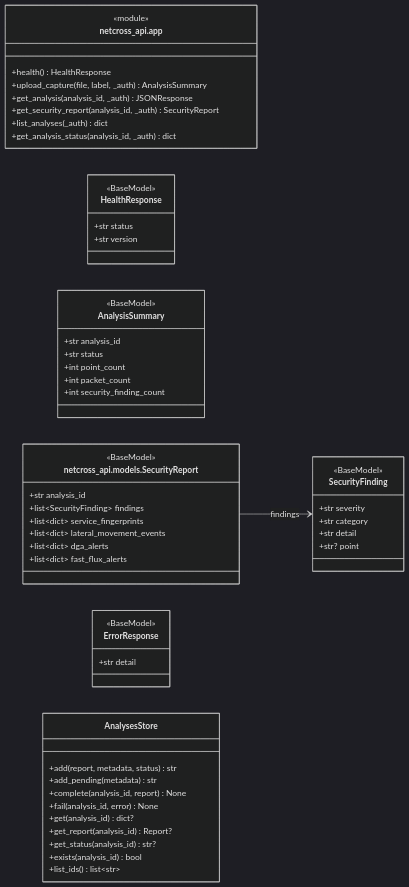
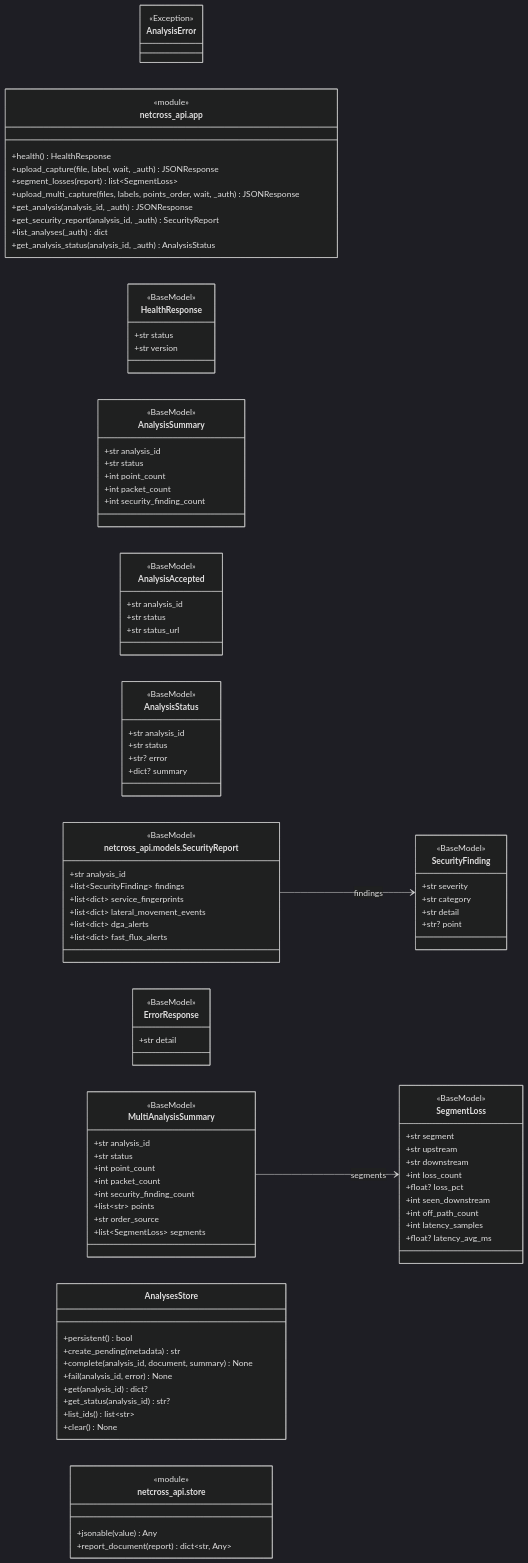
One commit to MathildeDec/Netcross changed diagram 17 of 19 in docs/class-diagram.md. Above: the diagram before and after it, drawn with Mermaid (dark theme). The commit also changed other lines of this file and 178 other files, not shown here.

First line of the commit message:
Release : dev → main (audit du 23/09, banque Lua, API multi-points et déployable, sécurité GUI) (#398)

````diff
--- a/docs/class-diagram.md
+++ b/docs/class-diagram.md
@@ -3584,14 +3716,19 @@
     direction LR
 
     %% ===== netcross_api.app =====
+    class AnalysisError {
+        <<Exception>>
+    }
     class mod_netcross_api_app["netcross_api.app"] {
         <<module>>
         +health() HealthResponse
-        +upload_capture(file, label, _auth) AnalysisSummary
+        +upload_capture(file, label, wait, _auth) JSONResponse
+        +segment_losses(report) list~SegmentLoss~
+        +upload_multi_capture(files, labels, points_order, wait, _auth) JSONResponse
         +get_analysis(analysis_id, _auth) JSONResponse
         +get_security_report(analysis_id, _auth) SecurityReport
         +list_analyses(_auth) dict
-        +get_analysis_status(analysis_id, _auth) dict
+        +get_analysis_status(analysis_id, _auth) AnalysisStatus
     }
 
     %% ===== netcross_api.models =====
@@ -3607,6 +3744,19 @@
         +int point_count
         +int packet_count
         +int security_finding_count
+    }
+    class AnalysisAccepted {
+        <<BaseModel>>
+        +str analysis_id
+        +str status
+        +str status_url
+    }
+    class AnalysisStatus {
+        <<BaseModel>>
+        +str analysis_id
+        +str status
+        +str? error
+        +dict? summary
     }
     class SecurityFinding {
         <<BaseModel>>
@@ -3628,20 +3778,48 @@
         <<BaseModel>>
         +str detail
     }
+    class SegmentLoss {
+        <<BaseModel>>
+        +str segment
+        +str upstream
+        +str downstream
+        +int loss_count
+        +float? loss_pct
+        +int seen_downstream
+        +int off_path_count
+        +int latency_samples
+        +float? latency_avg_ms
+    }
+    class MultiAnalysisSummary {
+        <<BaseModel>>
+        +str analysis_id
+        +str status
+        +int point_count
+        +int packet_count
+        +int security_finding_count
+        +list~str~ points
+        +str order_source
+        +list~SegmentLoss~ segments
+    }
 
     %% ===== netcross_api.store =====
     class AnalysesStore {
-        +add(report, metadata, status) str
-        +add_pending(metadata) str
-        +complete(analysis_id, report) None
+        +persistent() bool
+        +create_pending(metadata) str
+        +complete(analysis_id, document, summary) None
         +fail(analysis_id, error) None
         +get(analysis_id) dict?
-        +get_report(analysis_id) Report?
         +get_status(analysis_id) str?
-        +exists(analysis_id) bool
         +list_ids() list~str~
+        +clear() None
+    }
+    class mod_netcross_api_store["netcross_api.store"] {
+        <<module>>
+        +jsonable(value) Any
+        +report_document(report) dict~str, Any~
     }
 
     %% ===== relations =====
     netcross_api_models_SecurityReport --> SecurityFinding : findings
+    MultiAnalysisSummary --> SegmentLoss : segments
 ```
````
